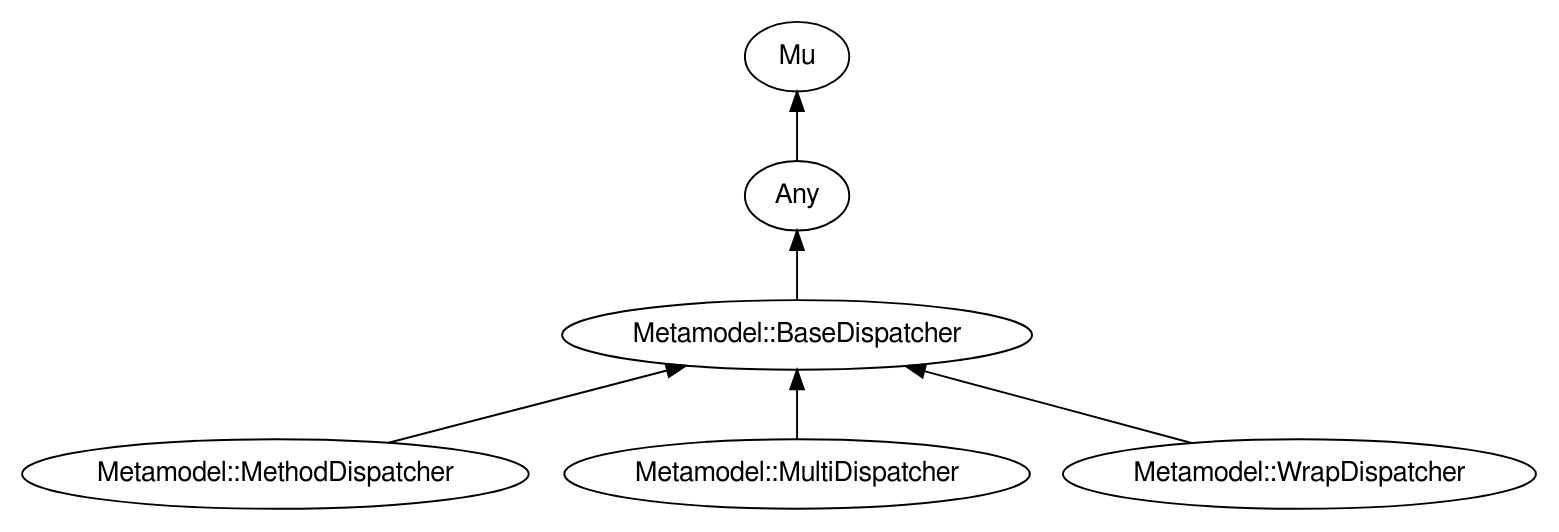
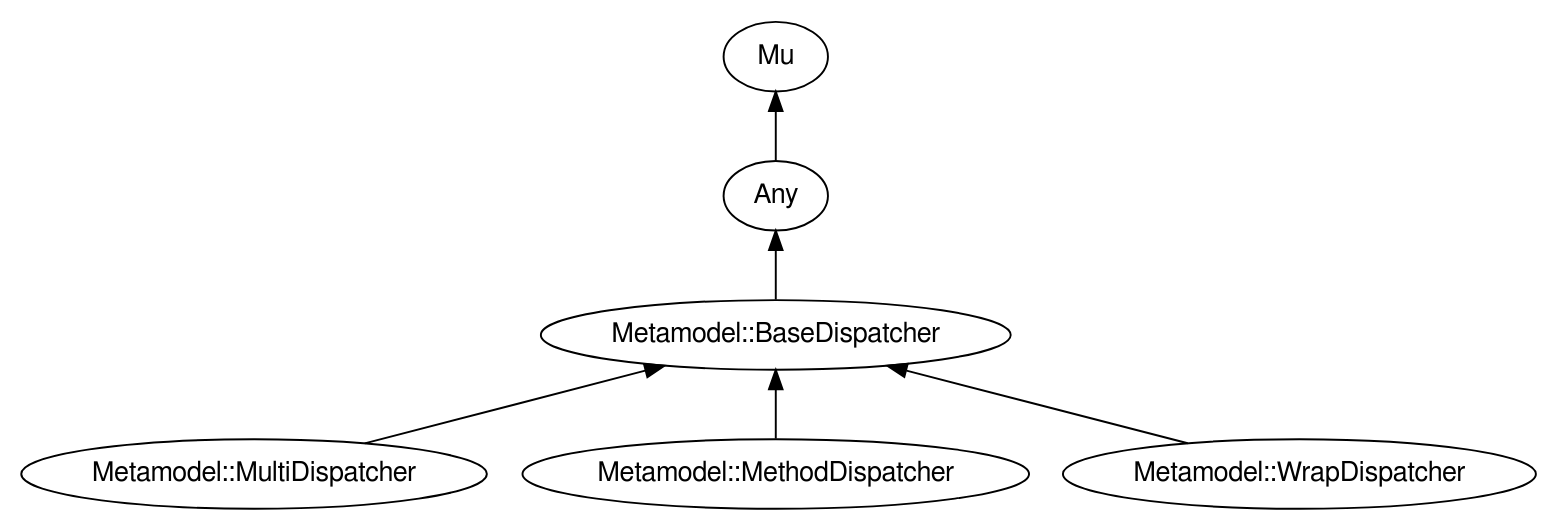
The diagram in images/type-graph-Metamodel::BaseDispatcher.svg.dot (perl6docs/perl6docs.github.io), drawn with Graphviz before and after one commit. The commit also changed other lines of this file and 4525 other files, not shown here.

```diff
--- a/images/type-graph-Metamodel::BaseDispatcher.svg.dot
+++ b/images/type-graph-Metamodel::BaseDispatcher.svg.dot
@@ -1,21 +1,21 @@
 digraph "perl6-type-graph" {
     rankdir=BT;
     splines=polyline;
     overlap=false; 
     // Types
     "Metamodel::BaseDispatcher" [color="#000000", fontcolor="#000000", href="/type/Metamodel::BaseDispatcher", fontname="FreeSans"];
     "Mu" [color="#000000", fontcolor="#000000", href="/type/Mu", fontname="FreeSans"];
     "Any" [color="#000000", fontcolor="#000000", href="/type/Any", fontname="FreeSans"];
+    "Metamodel::MultiDispatcher" [color="#000000", fontcolor="#000000", href="/type/Metamodel::MultiDispatcher", fontname="FreeSans"];
     "Metamodel::MethodDispatcher" [color="#000000", fontcolor="#000000", href="/type/Metamodel::MethodDispatcher", fontname="FreeSans"];
-    "Metamodel::MultiDispatcher" [color="#000000", fontcolor="#000000", href="/type/Metamodel::MultiDispatcher", fontname="FreeSans"];
     "Metamodel::WrapDispatcher" [color="#000000", fontcolor="#000000", href="/type/Metamodel::WrapDispatcher", fontname="FreeSans"];
 
     // Superclasses
     "Metamodel::BaseDispatcher" -> "Any" [color="#000000"];
     "Any" -> "Mu" [color="#000000"];
+    "Metamodel::MultiDispatcher" -> "Metamodel::BaseDispatcher" [color="#000000"];
     "Metamodel::MethodDispatcher" -> "Metamodel::BaseDispatcher" [color="#000000"];
-    "Metamodel::MultiDispatcher" -> "Metamodel::BaseDispatcher" [color="#000000"];
     "Metamodel::WrapDispatcher" -> "Metamodel::BaseDispatcher" [color="#000000"];
 
     // Roles
 }
```
